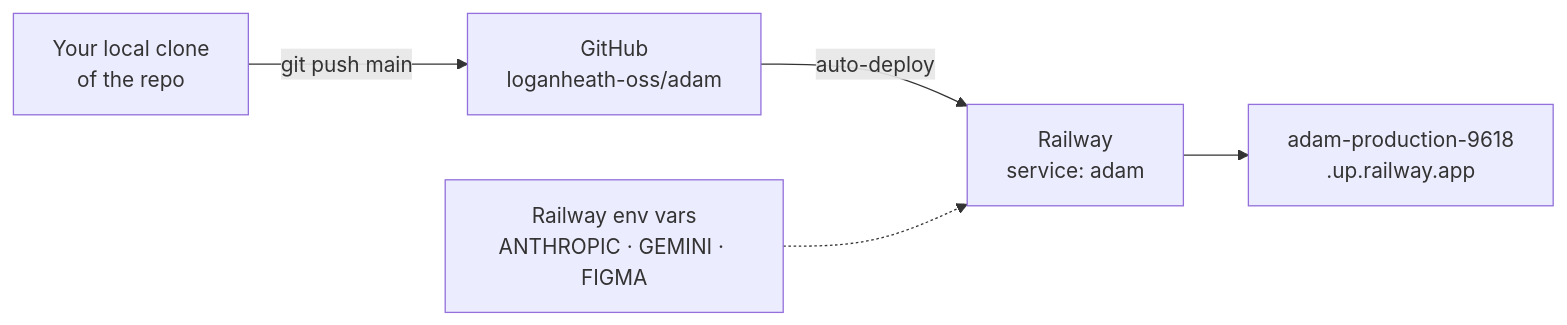
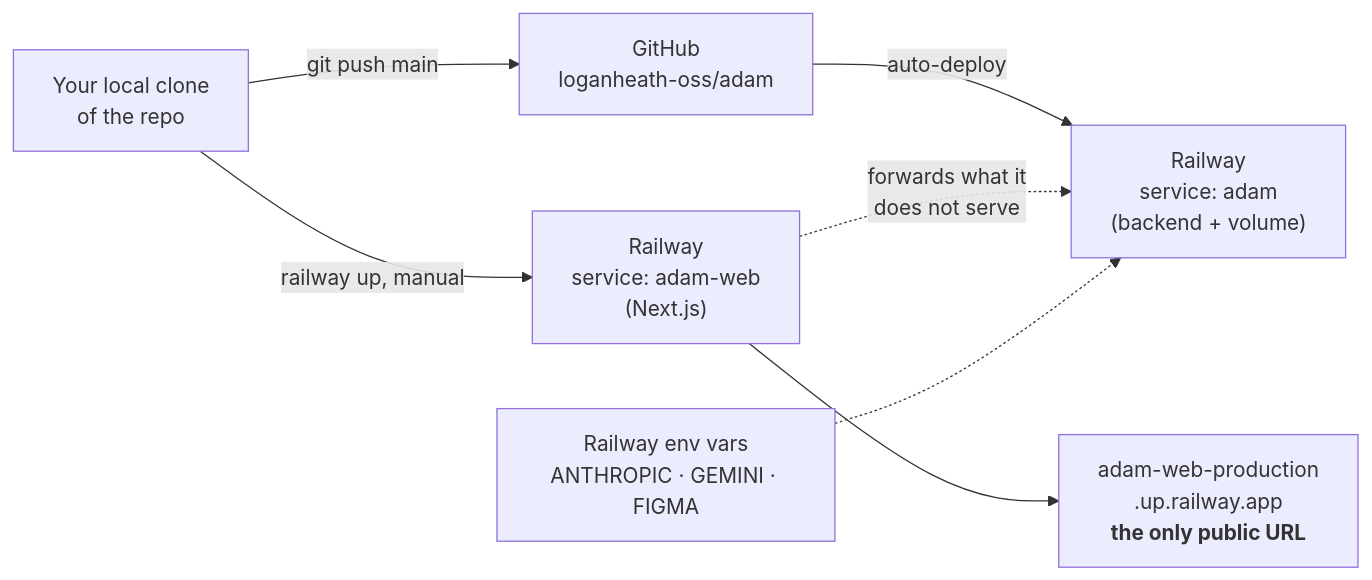
One commit to loganheath-oss/adam changed the diagram in docs/wiki/08-deployment-and-ops.md. Above: the diagram before and after it, drawn with Mermaid. The commit also changed other lines of this file and 2 other files, not shown here.

Commit message:
Deploy diagram showed one service when there are two
The topology mermaid still drew a single box ending at the backend URL, which
after consolidation reads as "that is the address people use" — the opposite of
what is now true. It now shows both services, marks adam-web as the only public
URL, and draws the forwarding edge. Added a line on the part that actually
bites: the two deploy DIFFERENTLY. The backend auto-deploys from main, adam-web
does not, so a change to either can ship without the other.

token_report.py's default URL switched too — it goes through /api/sprints, which
the public host serves.

Claude-Session: https://claude.ai/code/session_016MWafqNhdyspeQjzAHKWWK

````diff
--- a/docs/wiki/08-deployment-and-ops.md
+++ b/docs/wiki/08-deployment-and-ops.md
@@ -5,7 +5,9 @@
 ```mermaid
 flowchart LR
   DEV["Your local clone<br/>of the repo"] -->|git push main| GH["GitHub<br/>loganheath-oss/adam"]
-  GH -->|auto-deploy| RW["Railway<br/>service: adam"]
-  RW --> URL["adam-production-9618<br/>.up.railway.app"]
+  GH -->|auto-deploy| RW["Railway<br/>service: adam<br/>(backend + volume)"]
+  DEV -->|railway up, manual| WEB["Railway<br/>service: adam-web<br/>(Next.js)"]
+  WEB --> URL["adam-web-production<br/>.up.railway.app<br/><b>the only public URL</b>"]
+  WEB -.->|forwards what it<br/>does not serve| RW
   ENV["Railway env vars<br/>ANTHROPIC · GEMINI · FIGMA"] -.-> RW
 ```
````
